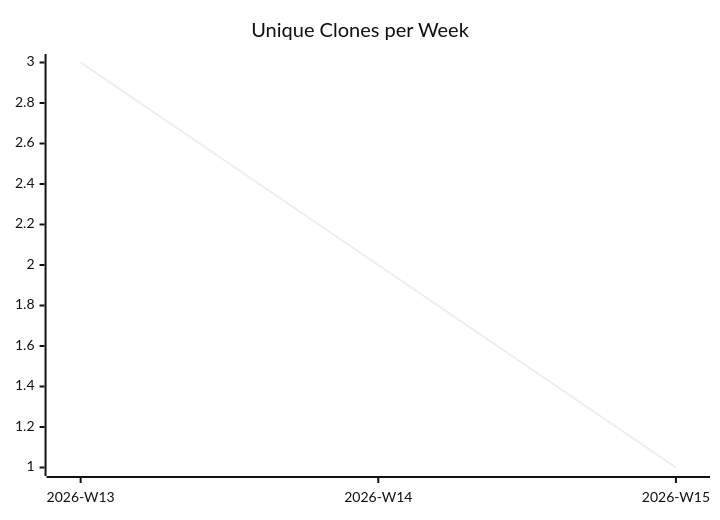
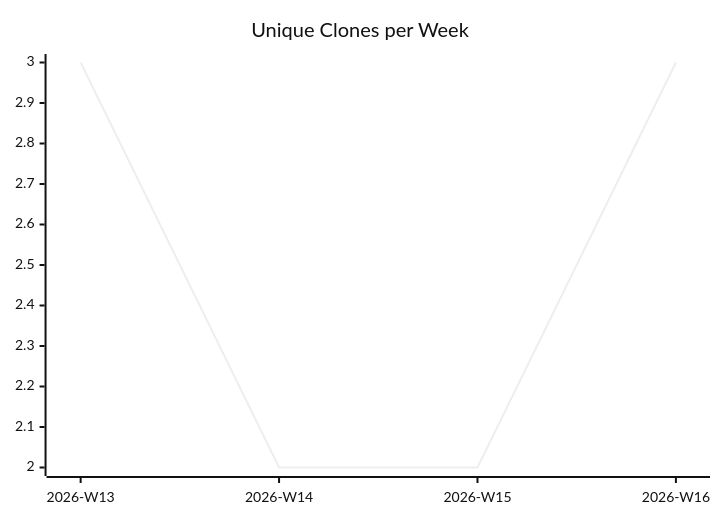
Before and after one commit to justdavis-family/github-analytics-data: the third of 3 diagrams in karlmdavis/ansible-role-rcm-dotfiles/README.md, drawn with Mermaid (neutral theme). The commit also changed other lines of this file and 173 other files, not shown here.

````diff
--- a/karlmdavis/ansible-role-rcm-dotfiles/README.md
+++ b/karlmdavis/ansible-role-rcm-dotfiles/README.md
@@ -19,6 +19,6 @@
 ```mermaid
 xychart-beta
   title "Unique Clones per Week"
-  x-axis ["2026-W13", "2026-W14", "2026-W15"]
-  line [3, 2, 1]
+  x-axis ["2026-W13", "2026-W14", "2026-W15", "2026-W16"]
+  line [3, 2, 2, 3]
 ```
````
